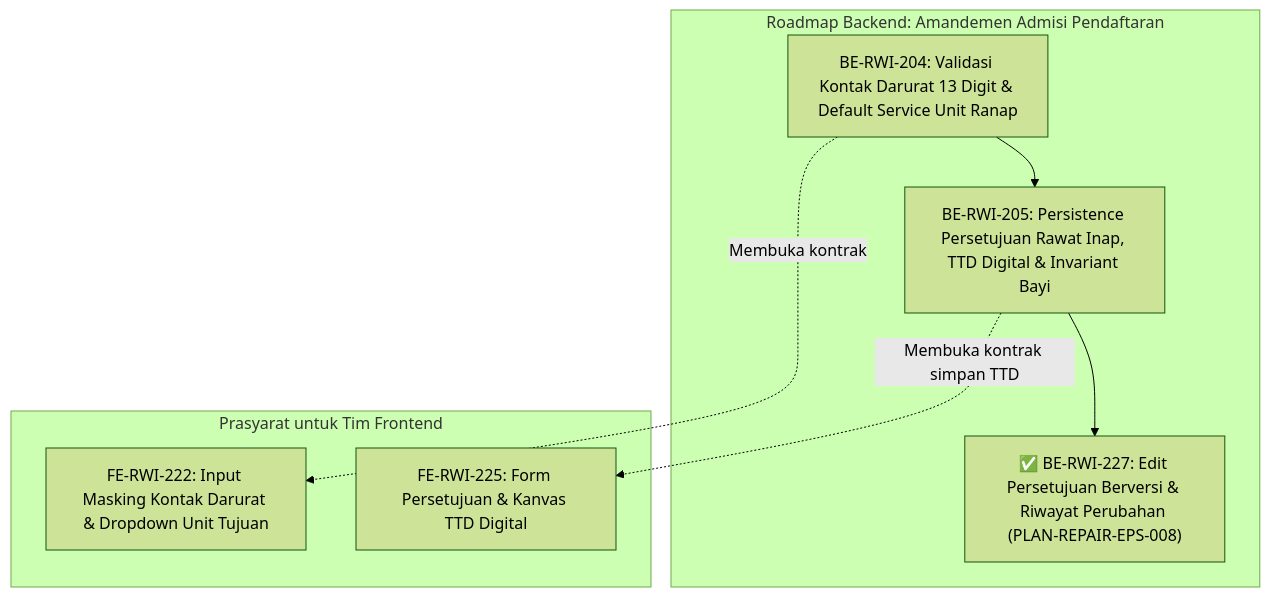
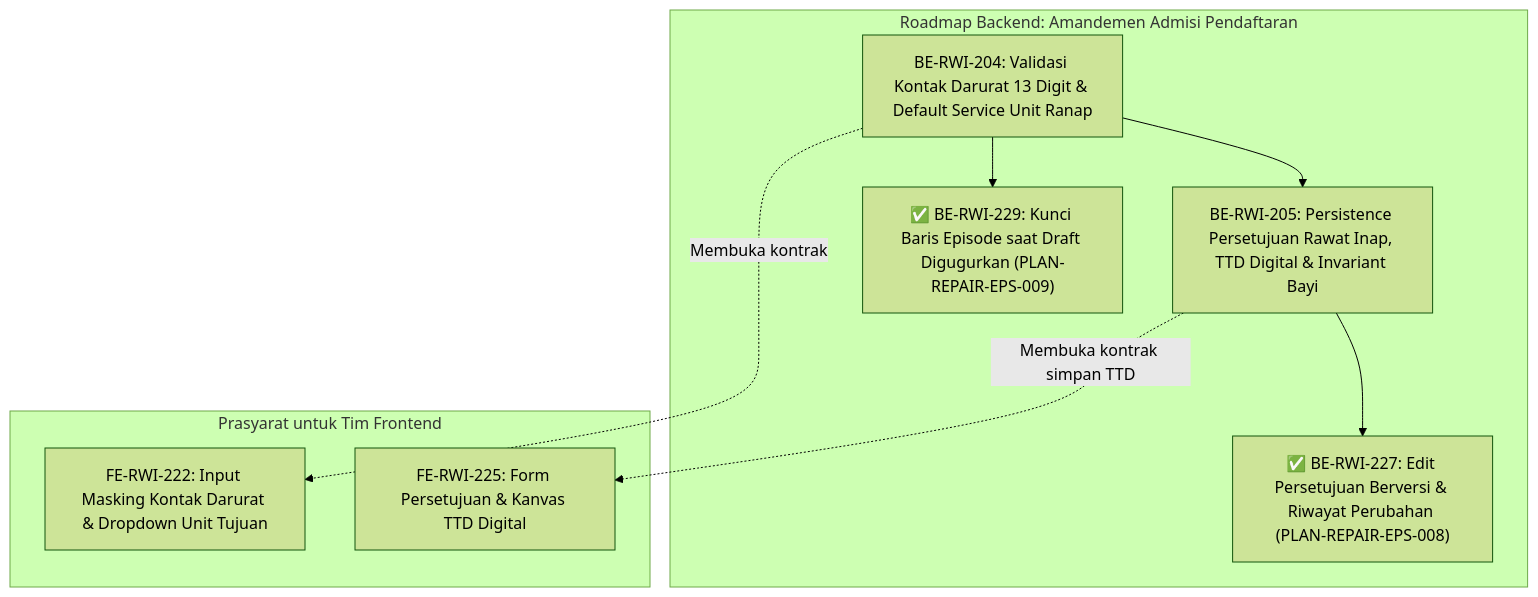
The diagram in docs/module-blueprints/rawat-inap/episode-rawat-inap/roadmap/backend-roadmap-admisi-pendaftaran.md (DevBenari/NewQuilvianSystemBackend), drawn with Mermaid (forest theme) before and after one commit. The commit also changed other lines of this file and 20 other files, not shown here.

````diff
--- a/docs/module-blueprints/rawat-inap/episode-rawat-inap/roadmap/backend-roadmap-admisi-pendaftaran.md
+++ b/docs/module-blueprints/rawat-inap/episode-rawat-inap/roadmap/backend-roadmap-admisi-pendaftaran.md
@@ -28,19 +28,21 @@
 ```mermaid
 flowchart TD
     subgraph backend[Roadmap Backend: Amandemen Admisi Pendaftaran]
         BE204["BE-RWI-204: Validasi Kontak Darurat 13 Digit & Default Service Unit Ranap"]
         BE205["BE-RWI-205: Persistence Persetujuan Rawat Inap, TTD Digital & Invariant Bayi"]
         BE227["✅ BE-RWI-227: Edit Persetujuan Berversi & Riwayat Perubahan (PLAN-REPAIR-EPS-008)"]
+        BE229["✅ BE-RWI-229: Kunci Baris Episode saat Draft Digugurkan (PLAN-REPAIR-EPS-009)"]
         
         BE204 --> BE205
         BE205 --> BE227
+        BE204 --> BE229
     end
     
     subgraph frontendPrereq[Prasyarat untuk Tim Frontend]
         FE222["FE-RWI-222: Input Masking Kontak Darurat & Dropdown Unit Tujuan"]
         FE225["FE-RWI-225: Form Persetujuan & Kanvas TTD Digital"]
     end
     
     BE204 -.->|Membuka kontrak| FE222
     BE205 -.->|Membuka kontrak simpan TTD| FE225
 ```
````
